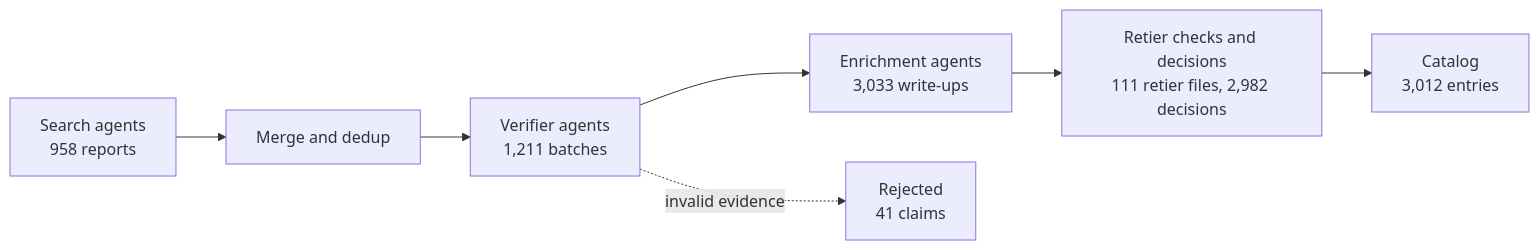
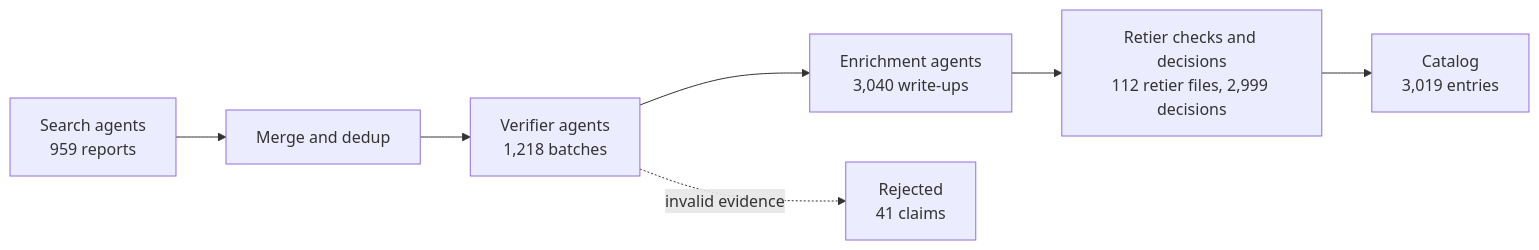
The diagram in README.md (harrisjib216/fastplusplus), drawn with Mermaid before and after one commit. The commit also changed other lines of this file and 23 other files, not shown here.

````diff
--- a/README.md
+++ b/README.md
@@ -116,9 +116,9 @@
 ```mermaid
 flowchart LR
-  S["Search agents<br/>958 reports"] --> M["Merge and dedup"]
-  M --> V["Verifier agents<br/>1,211 batches"]
-  V --> E["Enrichment agents<br/>3,033 write-ups"]
-  E --> R["Retier checks and decisions<br/>111 retier files, 2,982 decisions"]
-  R --> C["Catalog<br/>3,012 entries"]
+  S["Search agents<br/>959 reports"] --> M["Merge and dedup"]
+  M --> V["Verifier agents<br/>1,218 batches"]
+  V --> E["Enrichment agents<br/>3,040 write-ups"]
+  E --> R["Retier checks and decisions<br/>112 retier files, 2,999 decisions"]
+  R --> C["Catalog<br/>3,019 entries"]
   V -. invalid evidence .-> X["Rejected<br/>41 claims"]
 ```
````
